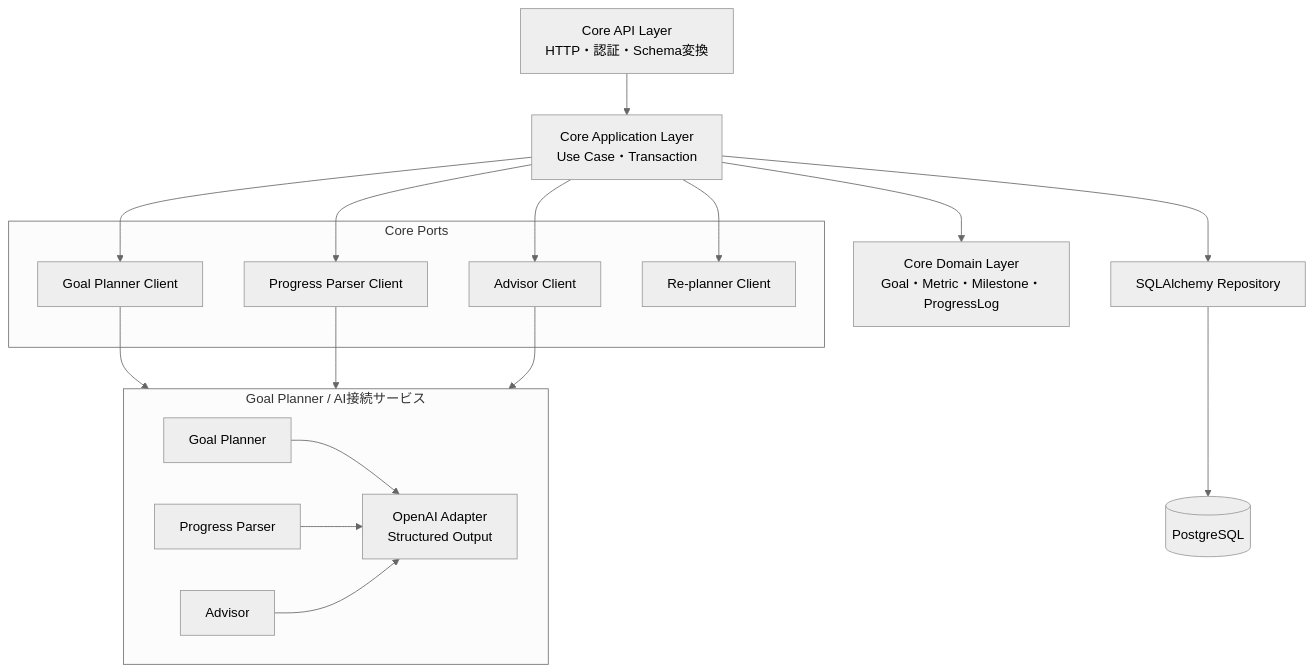
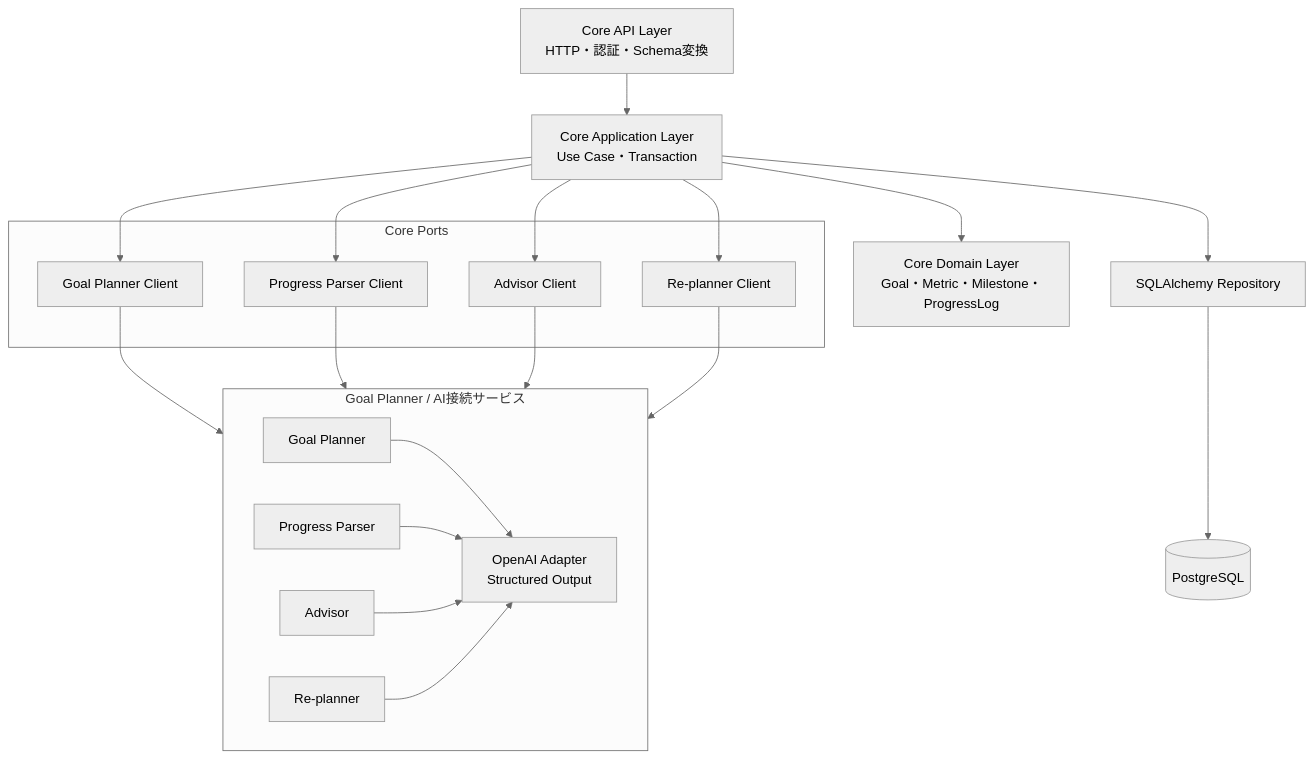
One commit to Yoshiki-Takahashi/life_agent changed the second of 3 diagrams in docs/system-architecture.md. Above: the diagram before and after it, drawn with Mermaid (neutral theme). The commit also changed other lines of this file and 35 other files, not shown here.

Commit message:
Implement Weekend 8 replanning flow

````diff
--- a/docs/system-architecture.md
+++ b/docs/system-architecture.md
@@ -65,38 +65,41 @@
 ```mermaid
 flowchart TB
     API["Core API Layer<br/>HTTP・認証・Schema変換"]
     App["Core Application Layer<br/>Use Case・Transaction"]
     Domain["Core Domain Layer<br/>Goal・Metric・Milestone・ProgressLog"]
 
     subgraph CorePorts["Core Ports"]
         PlannerPort["Goal Planner Client"]
         ParserPort["Progress Parser Client"]
         AdvisorPort["Advisor Client"]
         ReplannerPort["Re-planner Client"]
     end
 
     subgraph AISvc["Goal Planner / AI接続サービス"]
         Planner["Goal Planner"]
         Parser["Progress Parser"]
         Advisor["Advisor"]
+        Replanner["Re-planner"]
         AIAdapter["OpenAI Adapter<br/>Structured Output"]
     end
 
     DBAdapter["SQLAlchemy Repository"]
     PostgreSQL[("PostgreSQL")]
 
     API --> App
     App --> Domain
     App --> PlannerPort
     App --> ParserPort
     App --> AdvisorPort
     App --> ReplannerPort
     App --> DBAdapter
     PlannerPort --> AISvc
     ParserPort --> AISvc
     AdvisorPort --> AISvc
+    ReplannerPort --> AISvc
     Planner --> AIAdapter
     Parser --> AIAdapter
     Advisor --> AIAdapter
+    Replanner --> AIAdapter
     DBAdapter --> PostgreSQL
 ```
````
